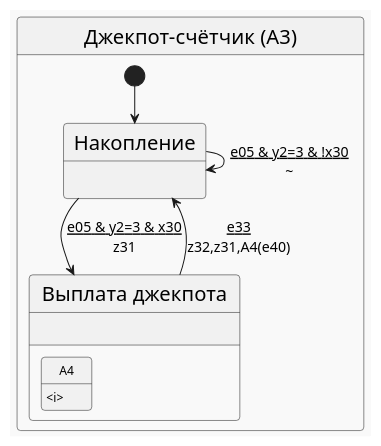
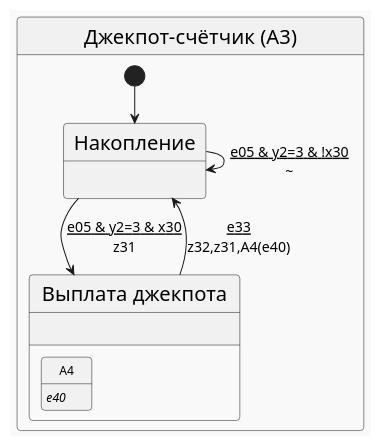
The diagram in articles/multiply_many_nested/puml/a3.puml (PhoenixNazarov/fsm-multiply), drawn with PlantUML before and after one commit. The commit also changed 4 other files, not shown here.

First line of the commit message:
Show per-state events in nested-automaton boxes on diagrams

```diff
--- a/articles/multiply_many_nested/puml/a3.puml
+++ b/articles/multiply_many_nested/puml/a3.puml
@@ -1,16 +1,16 @@
 @startuml
 !theme mars
 skinparam stateFontSize 20
 skinparam arrowFontSize 14
 state "Джекпот-счётчик (A3)" as A3 {
     [*] --> A30
     state "Накопление" as A30 : 
     state "Выплата джекпота" as A31 : 
     state "Выплата джекпота" as A31 {
-        state "<size:12>A4" as F1 : <size:12><i>
+        state "<size:12>A4" as F1 : <size:12><i>e40
     }
     A30 --> A31 : <u>e05 & y2=3 & x30\nz31
     A30 --> A30 : <u>e05 & y2=3 & !x30\n~
     A31 --> A30 : <u>e33\nz32,z31,A4(e40)
 }
 @enduml
```
